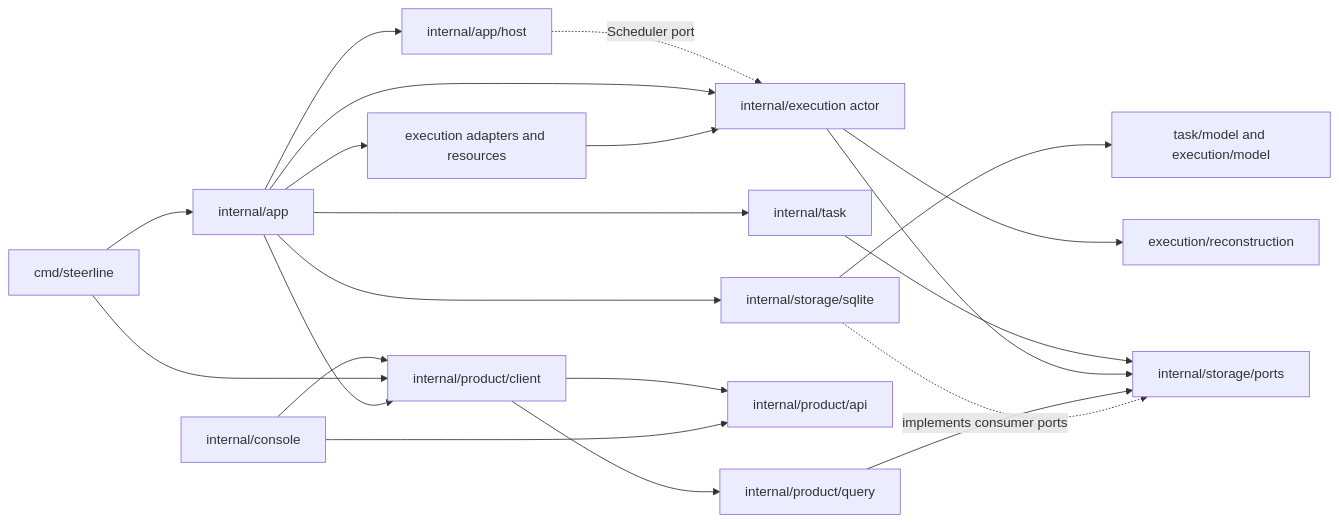
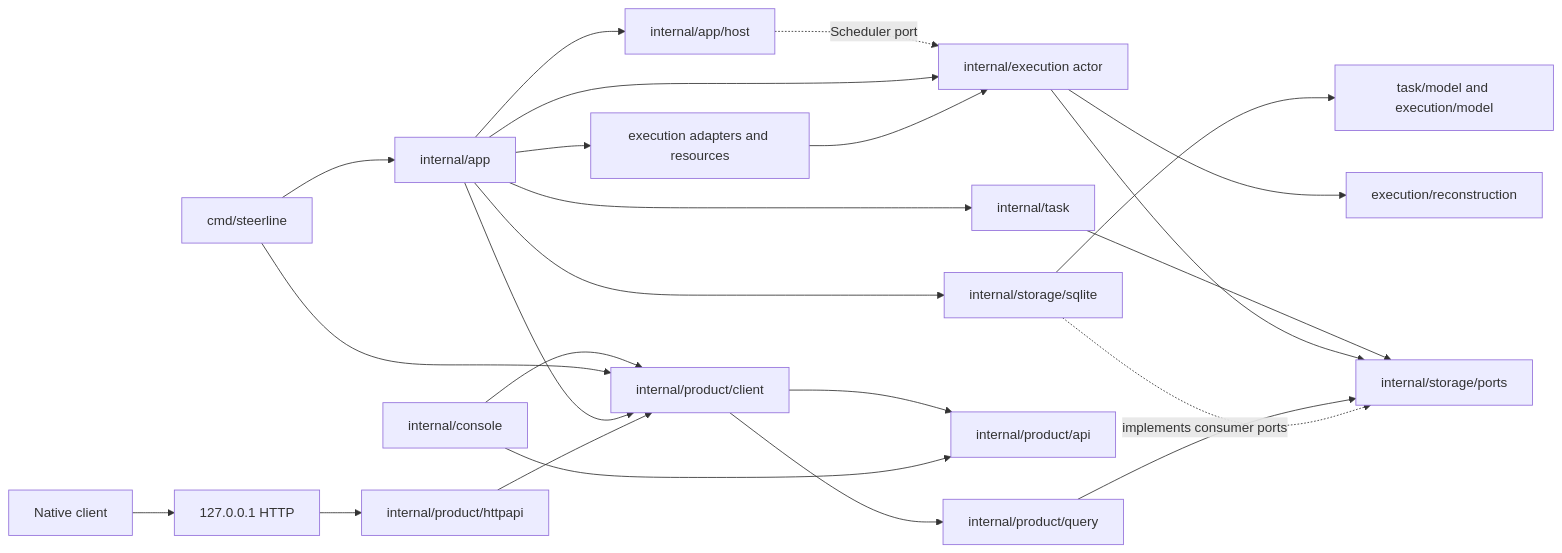
One commit to erranliu/SteerLine changed the diagram in docs/architecture/current-code-architecture.md. Above: the diagram before and after it, drawn with Mermaid. The commit also changed other lines of this file and 38 other files, not shown here.

Commit message:
feat: add local client HTTP protocol

````diff
--- a/docs/architecture/current-code-architecture.md
+++ b/docs/architecture/current-code-architecture.md
@@ -13,23 +13,26 @@
 ```mermaid
 flowchart LR
     CLI[cmd/steerline] --> App[internal/app]
     TUI[internal/console] --> Client[internal/product/client]
     CLI --> Client
     App --> Client
+    Native[Native client] --> HTTP[127.0.0.1 HTTP]
+    HTTP --> HTTPAPI[internal/product/httpapi]
+    HTTPAPI --> Client
     App --> Host[internal/app/host]
     Host -. Scheduler port .-> Exec[internal/execution actor]
     App --> Task[internal/task]
     App --> Exec
     App --> Adapters[execution adapters and resources]
     Adapters --> Exec
     Task --> Ports[internal/storage/ports]
     Exec --> Ports
     Query[internal/product/query] --> Ports
     Client --> Query
     Client --> API[internal/product/api]
     TUI --> API
     App --> SQLite[internal/storage/sqlite]
     SQLite -. implements consumer ports .-> Ports
     SQLite --> Model[task/model and execution/model]
     Exec --> Rebuild[execution/reconstruction]
 ```
````
